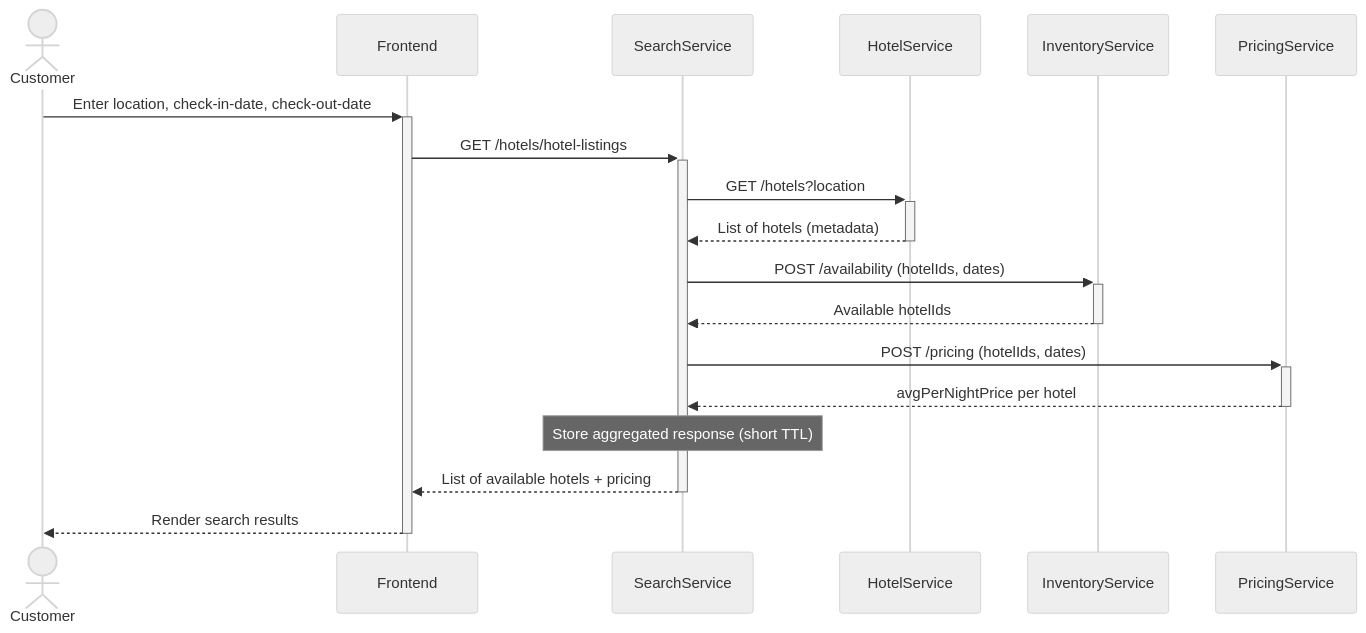
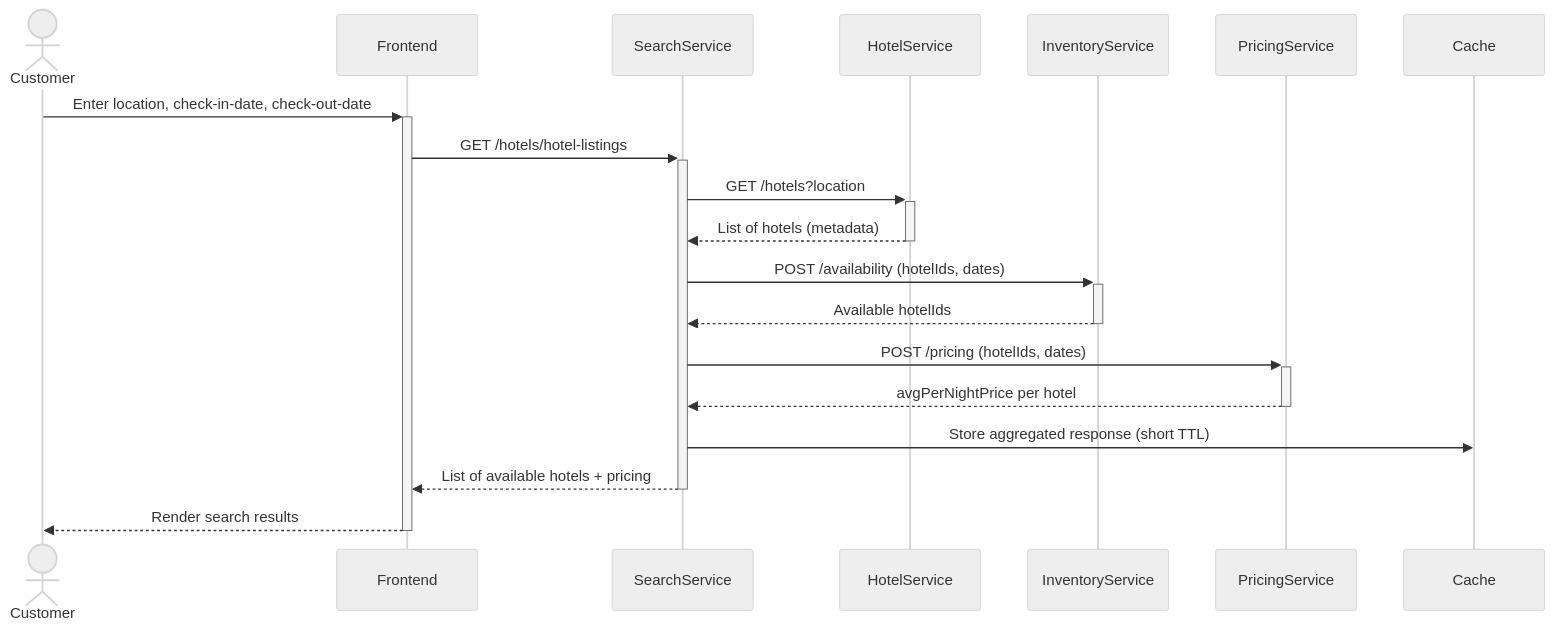
Before and after one commit to NishchayAnand/software-engineering: the first of 3 diagrams in Backend Engineering/Case Studies/Case Study 5. Nivara - Hotel Reservation System/3. Sequence Flow.md, drawn with Mermaid (neutral theme). The commit also changed other lines of this file, not shown here.

Commit message:
updated sequence flow diagram for search hotels use case

````diff
--- a/Backend Engineering/Case Studies/Case Study 5. Nivara - Hotel Reservation System/3. Sequence Flow.md
+++ b/Backend Engineering/Case Studies/Case Study 5. Nivara - Hotel Reservation System/3. Sequence Flow.md
@@ -45,25 +45,26 @@
 ```mermaid
 sequenceDiagram
     actor Customer
     participant Frontend
     participant SearchService
     participant HotelService
     participant InventoryService
     participant PricingService
+    participant Cache
 
     Customer ->> +Frontend: Enter location, check-in-date, check-out-date
     Frontend ->> +SearchService: GET /hotels/hotel-listings
 
     SearchService ->> +HotelService: GET /hotels?location
     HotelService -->> -SearchService: List of hotels (metadata)
 
     SearchService ->> +InventoryService: POST /availability (hotelIds, dates)
     InventoryService -->> -SearchService: Available hotelIds
 
     SearchService ->> +PricingService: POST /pricing (hotelIds, dates)
     PricingService -->> -SearchService: avgPerNightPrice per hotel
 
-    Note over SearchService: Store aggregated response (short TTL)
+    SearchService ->> Cache: Store aggregated response (short TTL)
     SearchService -->> -Frontend: List of available hotels + pricing
     Frontend -->> -Customer: Render search results
 ```
````
